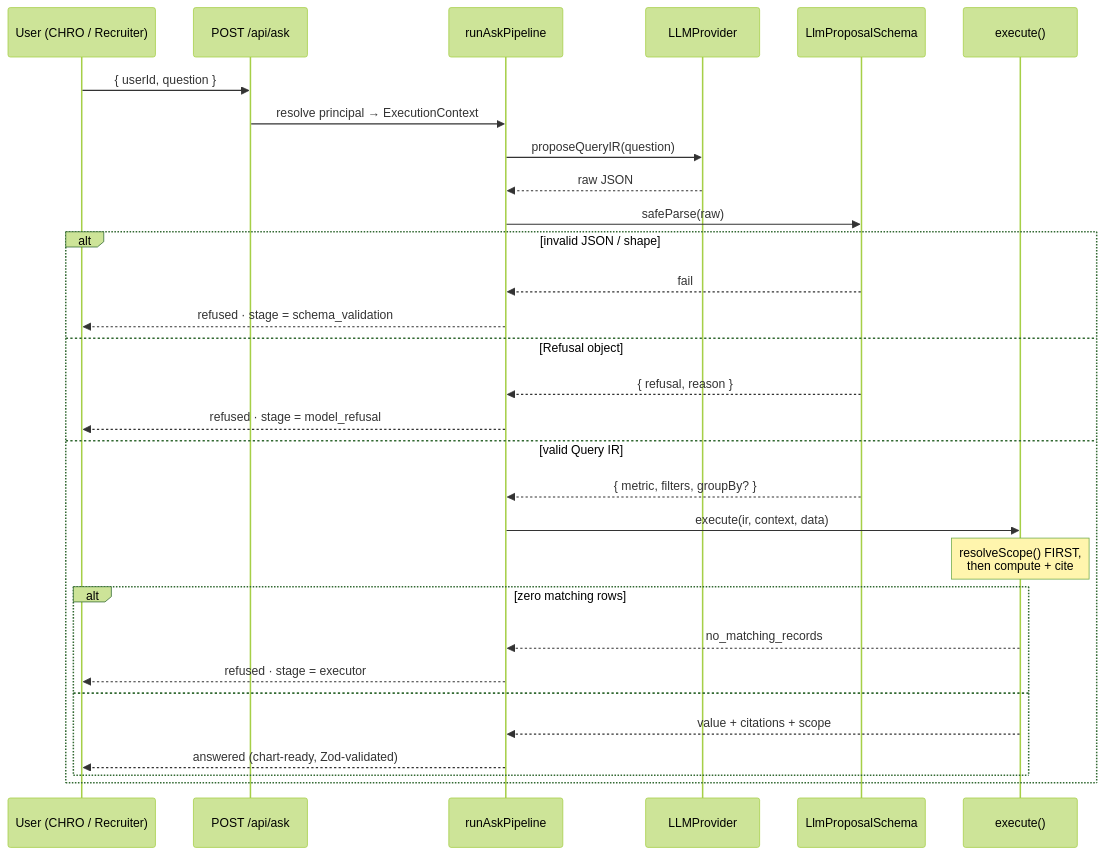
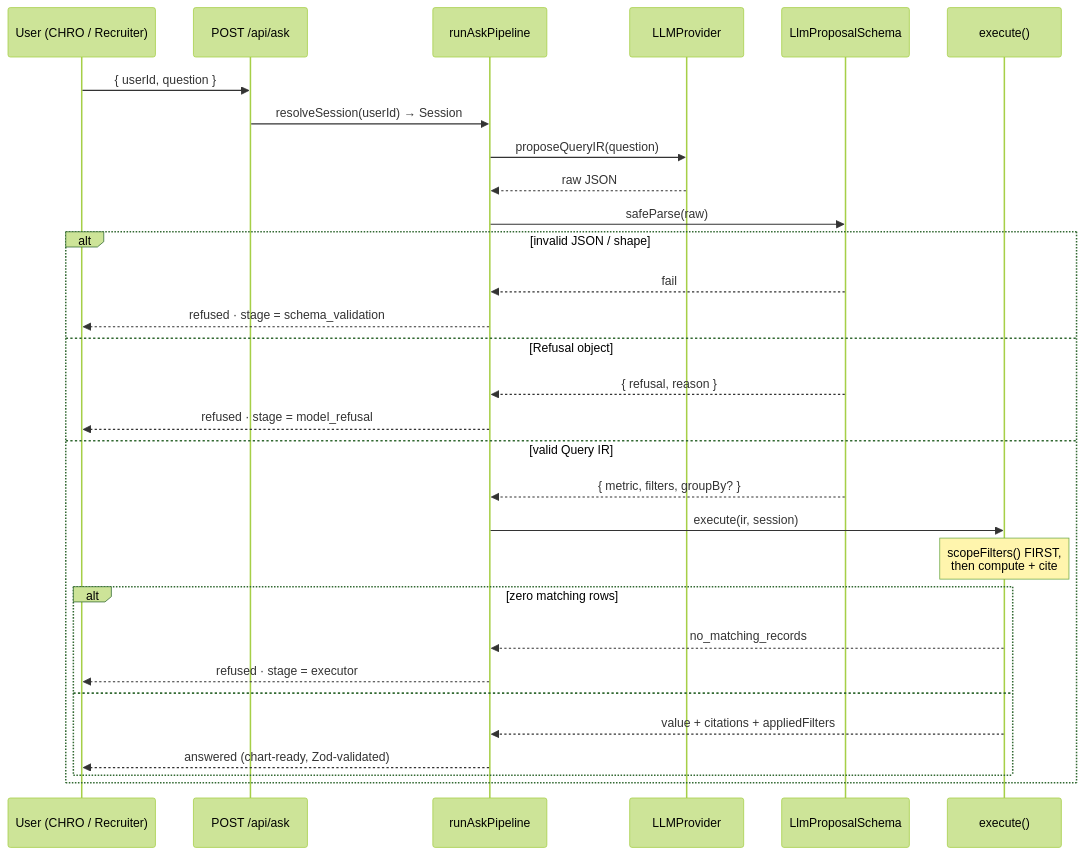
One commit to saiesh11/ask-your-hiring-data changed the second of 3 diagrams in README.md. Above: the diagram before and after it, drawn with Mermaid (forest theme). The commit also changed other lines of this file and 12 other files, not shown here.

First line of the commit message:
docs: setup guide with screenshots, plain-language walkthrough, README diagram fixes

````diff
--- a/README.md
+++ b/README.md
@@ -63,33 +73,33 @@
 ```mermaid
 sequenceDiagram
     participant U as User (CHRO / Recruiter)
     participant API as POST /api/ask
     participant P as runAskPipeline
     participant M as LLMProvider
     participant V as LlmProposalSchema
     participant X as execute()
 
     U->>API: { userId, question }
-    API->>P: resolve principal → ExecutionContext
+    API->>P: resolveSession(userId) → Session
     P->>M: proposeQueryIR(question)
     M-->>P: raw JSON
     P->>V: safeParse(raw)
     alt invalid JSON / shape
         V-->>P: fail
         P-->>U: refused · stage = schema_validation
     else Refusal object
         V-->>P: { refusal, reason }
         P-->>U: refused · stage = model_refusal
     else valid Query IR
         V-->>P: { metric, filters, groupBy? }
-        P->>X: execute(ir, context, data)
-        Note over X: resolveScope() FIRST,<br/>then compute + cite
+        P->>X: execute(ir, session)
+        Note over X: scopeFilters() FIRST,<br/>then compute + cite
         alt zero matching rows
             X-->>P: no_matching_records
             P-->>U: refused · stage = executor
         else
-            X-->>P: value + citations + scope
+            X-->>P: value + citations + appliedFilters
             P-->>U: answered (chart-ready, Zod-validated)
         end
     end
 ```
````
